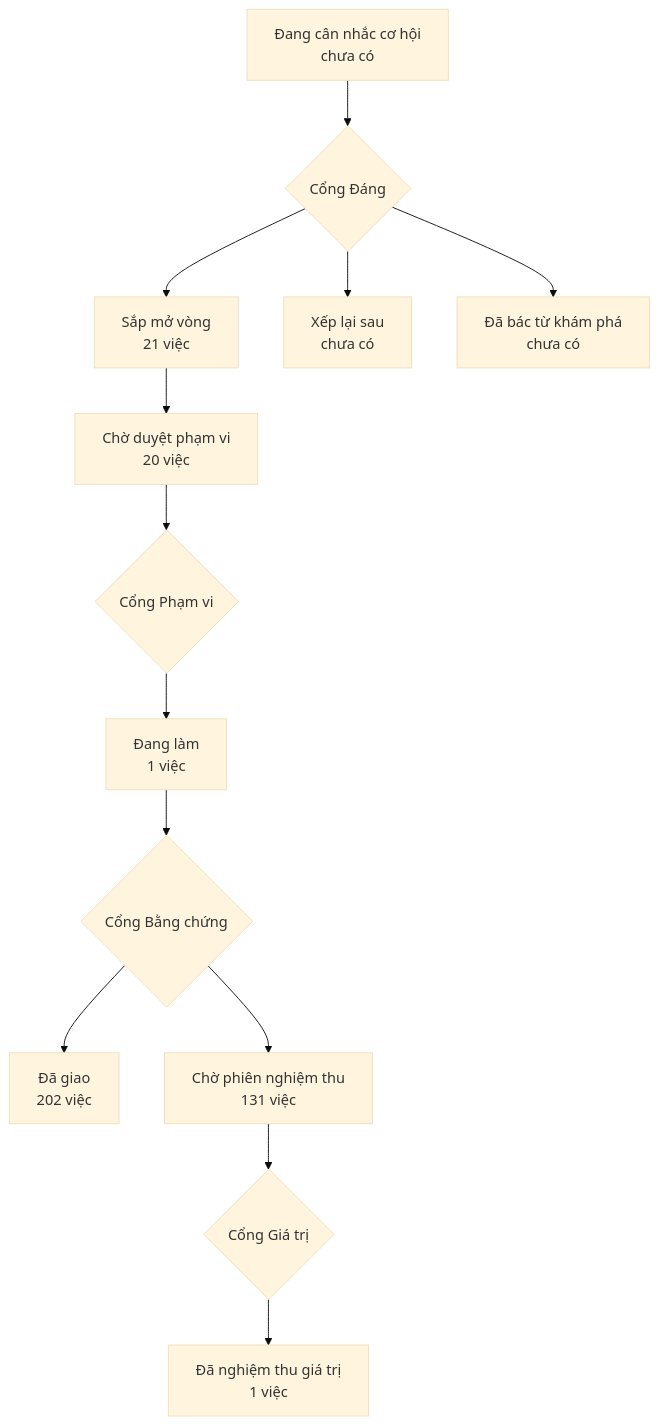
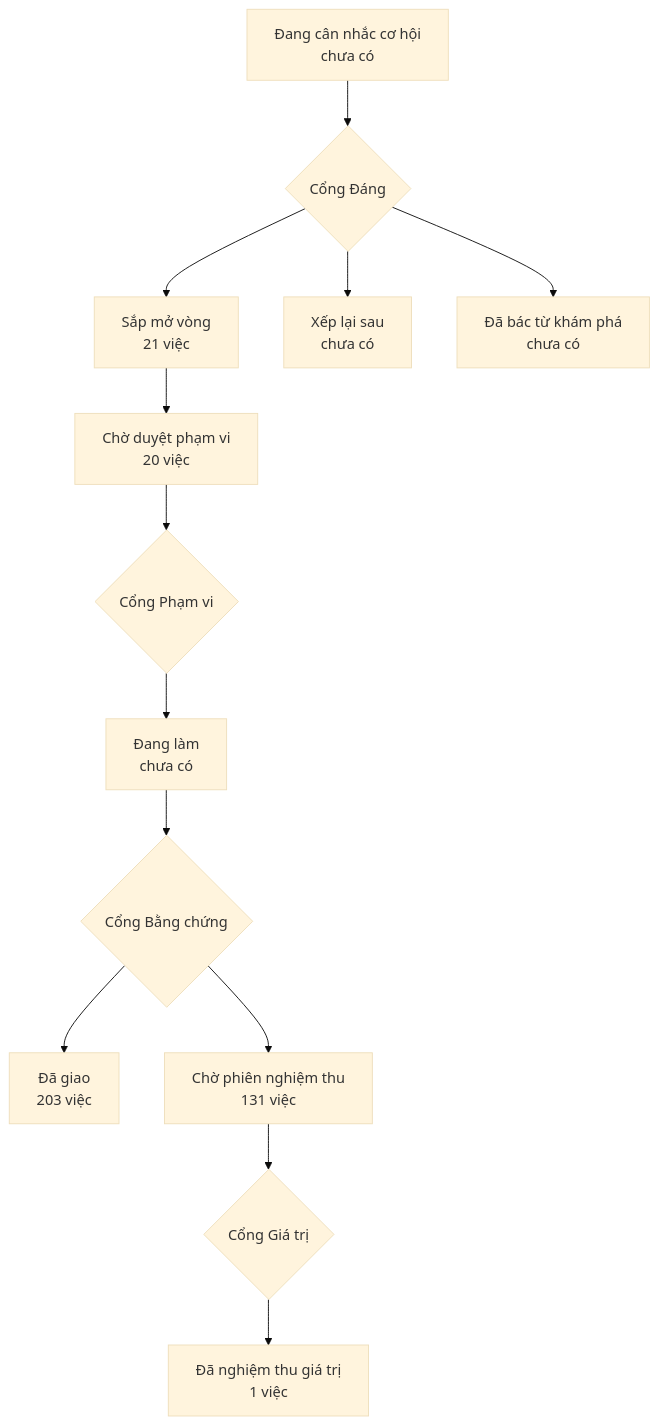
Before and after one commit to phanlemanh/onehub-invest: the diagram in PRODUCT-MAP.md, drawn with Mermaid (base theme). The commit also changed other lines of this file and 7 other files, not shown here.

````diff
--- a/PRODUCT-MAP.md
+++ b/PRODUCT-MAP.md
@@ -7,12 +7,12 @@
 ```mermaid
 flowchart TD
   A["Đang cân nhắc cơ hội<br/>chưa có"] --> GD{"Cổng Đáng"}
   GD --> B["Sắp mở vòng<br/>21 việc"]
   GD --> XL["Xếp lại sau<br/>chưa có"]
   GD --> DB["Đã bác từ khám phá<br/>chưa có"]
   B --> CD["Chờ duyệt phạm vi<br/>20 việc"] --> GP{"Cổng Phạm vi"}
-  GP --> DL["Đang làm<br/>1 việc"] --> GB{"Cổng Bằng chứng"}
-  GB --> DG["Đã giao<br/>202 việc"]
+  GP --> DL["Đang làm<br/>chưa có"] --> GB{"Cổng Bằng chứng"}
+  GB --> DG["Đã giao<br/>203 việc"]
   GB --> CN["Chờ phiên nghiệm thu<br/>131 việc"] --> GG{"Cổng Giá trị"}
   GG --> NT["Đã nghiệm thu giá trị<br/>1 việc"]
 ```
````
